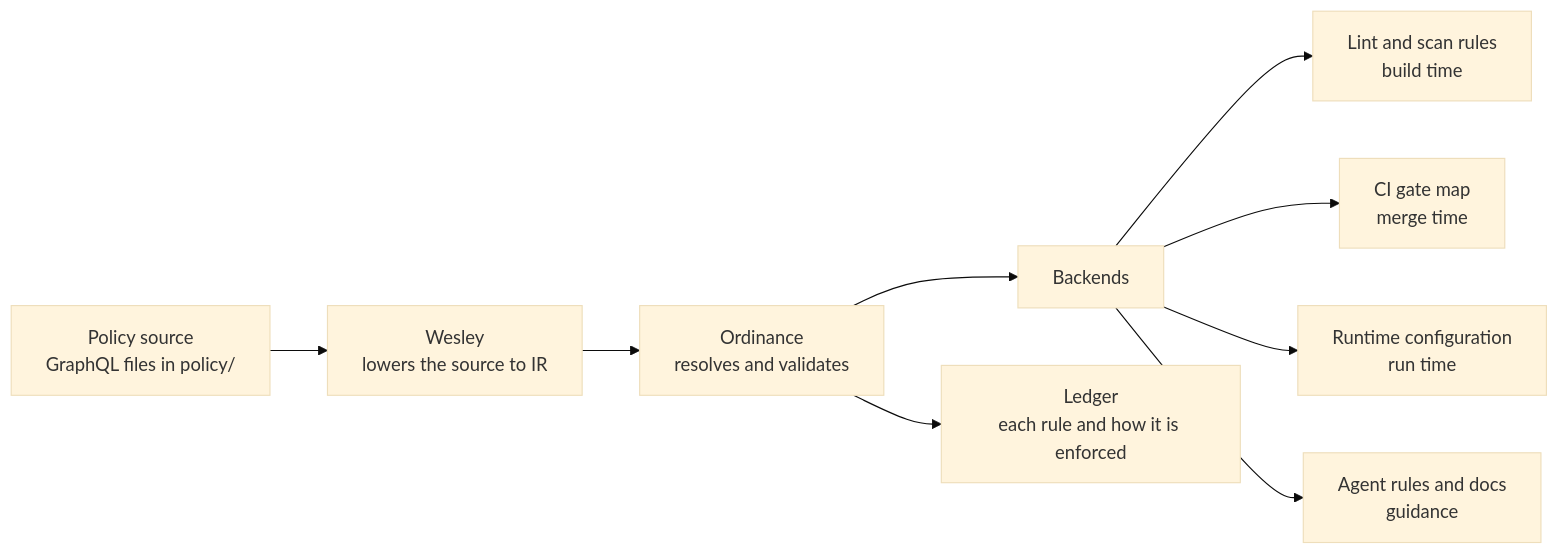
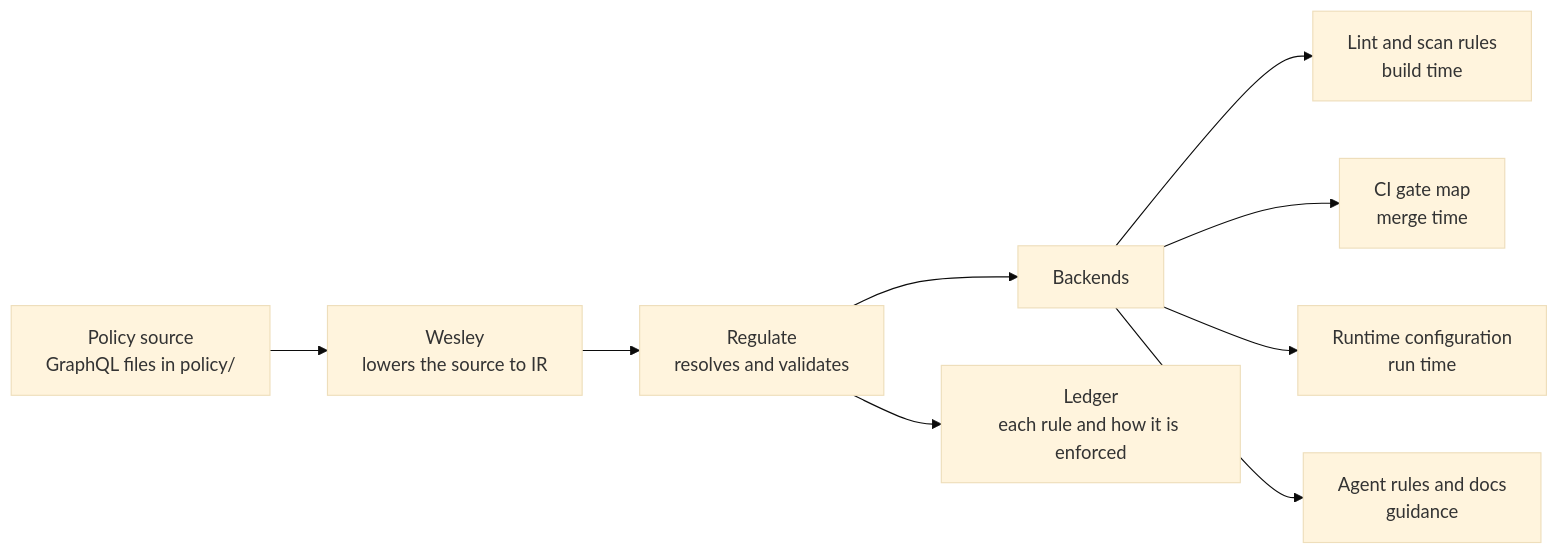
One commit to flyingrobots/regulate changed the diagram in README.md. Above: the diagram before and after it, drawn with Mermaid (base theme). The commit also changed other lines of this file and 5 other files, not shown here.

````diff
--- a/README.md
+++ b/README.md
@@ -13,11 +13,11 @@
 ```mermaid
 flowchart LR
   src["Policy source<br/>GraphQL files in policy/"] --> wes["Wesley<br/>lowers the source to IR"]
-  wes --> ord["Ordinance<br/>resolves and validates"]
+  wes --> ord["Regulate<br/>resolves and validates"]
   ord --> be["Backends"]
   be --> a1["Lint and scan rules<br/>build time"]
   be --> a2["CI gate map<br/>merge time"]
   be --> a3["Runtime configuration<br/>run time"]
   be --> a4["Agent rules and docs<br/>guidance"]
   ord --> led["Ledger<br/>each rule and how it is enforced"]
 ```
````
